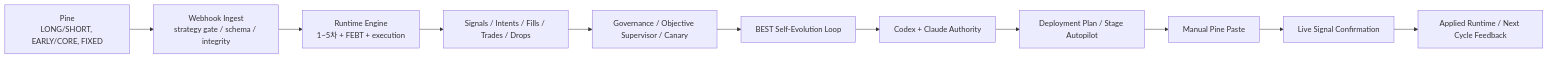
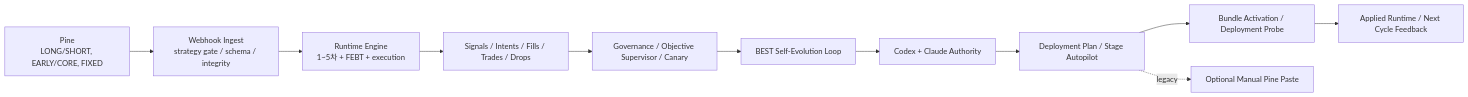
One commit to jungjaeyong84/zmakqo changed the diagram in docs/BEST_PINE_TO_SELF_EVOLUTION_SYSTEM_MAP.md. Above: the diagram before and after it, drawn with Mermaid. The commit also changed other lines of this file and 11 other files, not shown here.

Commit message:
update canonical migration docs and provenance flow

````diff
--- a/docs/BEST_PINE_TO_SELF_EVOLUTION_SYSTEM_MAP.md
+++ b/docs/BEST_PINE_TO_SELF_EVOLUTION_SYSTEM_MAP.md
@@ -24,13 +24,13 @@
 ```mermaid
 flowchart LR
   A["Pine<br/>LONG/SHORT, EARLY/CORE, FIXED"] --> B["Webhook Ingest<br/>strategy gate / schema / integrity"]
   B --> C["Runtime Engine<br/>1~5차 + FEBT + execution"]
   C --> D["Signals / Intents / Fills / Trades / Drops"]
   D --> E["Governance / Objective Supervisor / Canary"]
   E --> F["BEST Self-Evolution Loop"]
   F --> G["Codex + Claude Authority"]
   G --> H["Deployment Plan / Stage Autopilot"]
-  H --> I["Manual Pine Paste"]
-  I --> J["Live Signal Confirmation"]
-  J --> K["Applied Runtime / Next Cycle Feedback"]
+  H --> I["Bundle Activation / Deployment Probe"]
+  I --> J["Applied Runtime / Next Cycle Feedback"]
+  H -. legacy .-> K["Optional Manual Pine Paste"]
 ```
````
